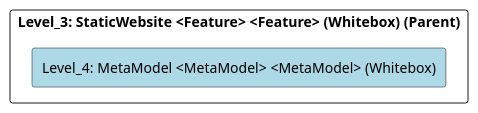
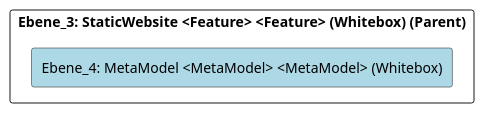
The diagram in doc/cleonproject_deliverables_architecture_model_architecture/adoc/de/05_bausteinsicht/cleon/publishing/staticwebsite/metamodel/ebene_4_metamodel.adoc (marcozwyssig/cleon), drawn with PlantUML before and after one commit. The commit also changed other lines of this file and 214 other files, not shown here.

```diff
--- a/doc/cleonproject_deliverables_architecture_model_architecture/adoc/de/05_bausteinsicht/cleon/publishing/staticwebsite/metamodel/ebene_4_metamodel.adoc
+++ b/doc/cleonproject_deliverables_architecture_model_architecture/adoc/de/05_bausteinsicht/cleon/publishing/staticwebsite/metamodel/ebene_4_metamodel.adoc
@@ -24,24 +24,24 @@
-[plantuml, Level_4: MetaModel <MetaModel> <MetaModel> (Whitebox)BlockOverview, format="svg"]
+[plantuml, Ebene_4: MetaModel <MetaModel> <MetaModel> (Whitebox)BlockOverview, format="svg"]
 ----
-@startuml Level_4: MetaModel <MetaModel> <MetaModel> (Whitebox)BuildingBlockOverview
+@startuml Ebene_4: MetaModel <MetaModel> <MetaModel> (Whitebox)BuildingBlockOverview
 
 skinparam ranksep 10
 skinparam componentStyle rectangle
 skinparam shadowing false
 skinparam arrowColor lightblue
 skinparam arrowThickness 1.2
 skinparam rectangle {
   BackgroundColor White
   BorderColor #333
   RoundCorner 10
 }
 top to bottom direction
 
-component "Level_3: StaticWebsite <Feature> <Feature> (Whitebox) (Parent)" {
-    component "Level_4: MetaModel <MetaModel> <MetaModel> (Whitebox)" #lightblue {
+component "Ebene_3: StaticWebsite <Feature> <Feature> (Whitebox) (Parent)" {
+    component "Ebene_4: MetaModel <MetaModel> <MetaModel> (Whitebox)" #lightblue {
     }
 
 }
 
 @enduml
 ----
```
